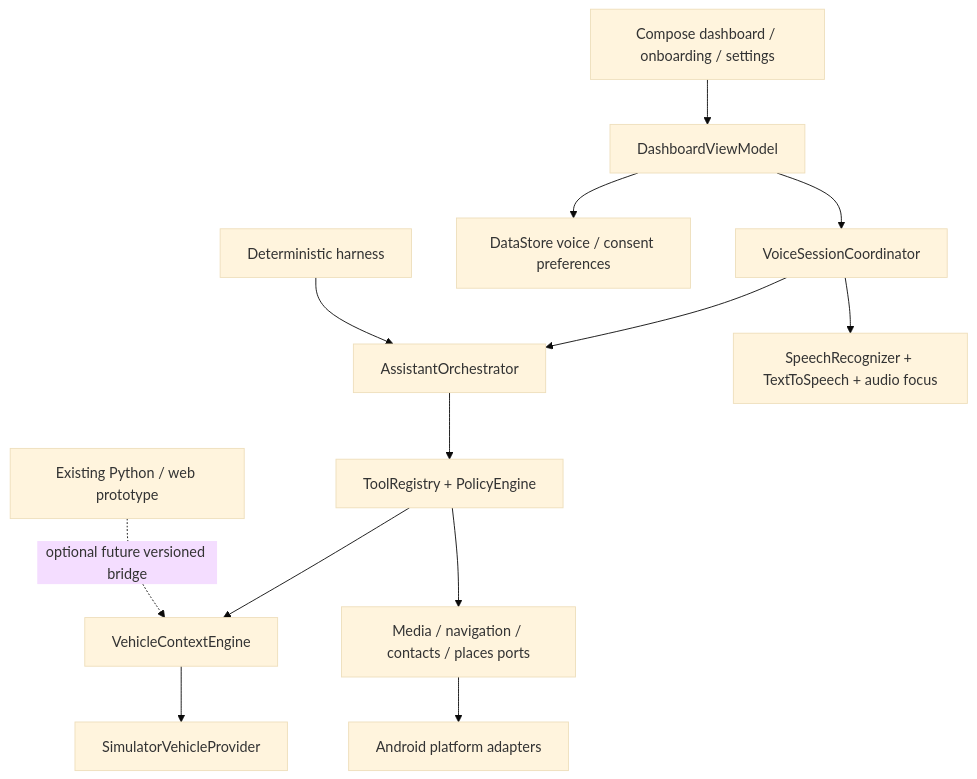
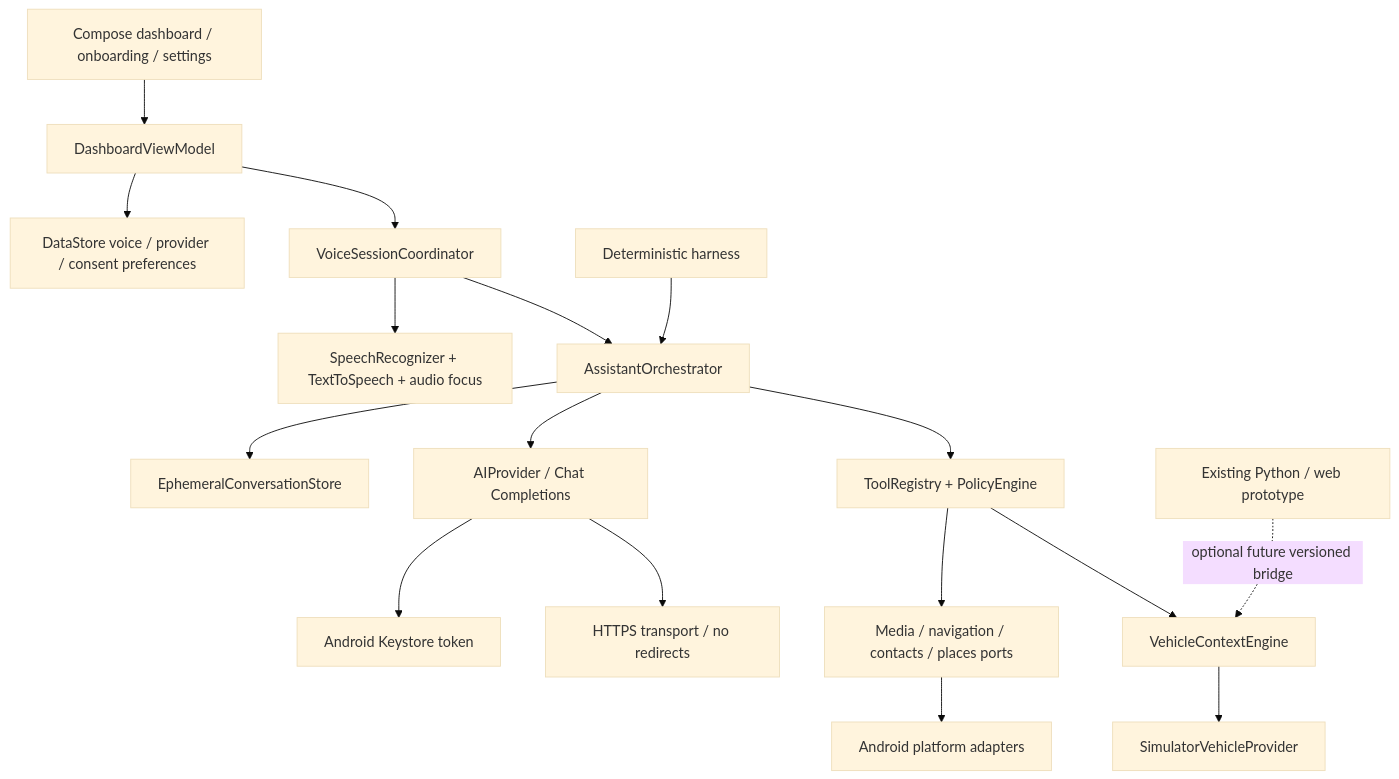
One commit to AlmanInDaHouse/CopilotDrive-AI changed the diagram in docs/ARCHITECTURE_V1.md. Above: the diagram before and after it, drawn with Mermaid (base theme). The commit also changed other lines of this file and 5 other files, not shown here.

Commit message:
docs: record Sprint 2 architecture validation and remaining limits

````diff
--- a/docs/ARCHITECTURE_V1.md
+++ b/docs/ARCHITECTURE_V1.md
@@ -5,15 +5,19 @@
 ```mermaid
 flowchart TD
  UI[Compose dashboard / onboarding / settings] --> VM[DashboardViewModel]
  VM --> Voice[VoiceSessionCoordinator]
  Voice --> Orchestrator[AssistantOrchestrator]
  Orchestrator --> Registry[ToolRegistry + PolicyEngine]
+ Orchestrator --> AI[AIProvider / Chat Completions]
+ AI --> HTTP[HTTPS transport / no redirects]
+ AI --> Secret[Android Keystore token]
+ Orchestrator --> Memory[EphemeralConversationStore]
  Registry --> Context[VehicleContextEngine]
  Registry --> Ports[Media / navigation / contacts / places ports]
  Context --> Sim[SimulatorVehicleProvider]
  Ports --> Android[Android platform adapters]
  Voice --> Speech[SpeechRecognizer + TextToSpeech + audio focus]
- VM --> Prefs[DataStore voice / consent preferences]
+ VM --> Prefs[DataStore voice / provider / consent preferences]
  Tests[Deterministic harness] --> Orchestrator
  Python[Existing Python / web prototype] -. optional future versioned bridge .-> Context
 ```
````
